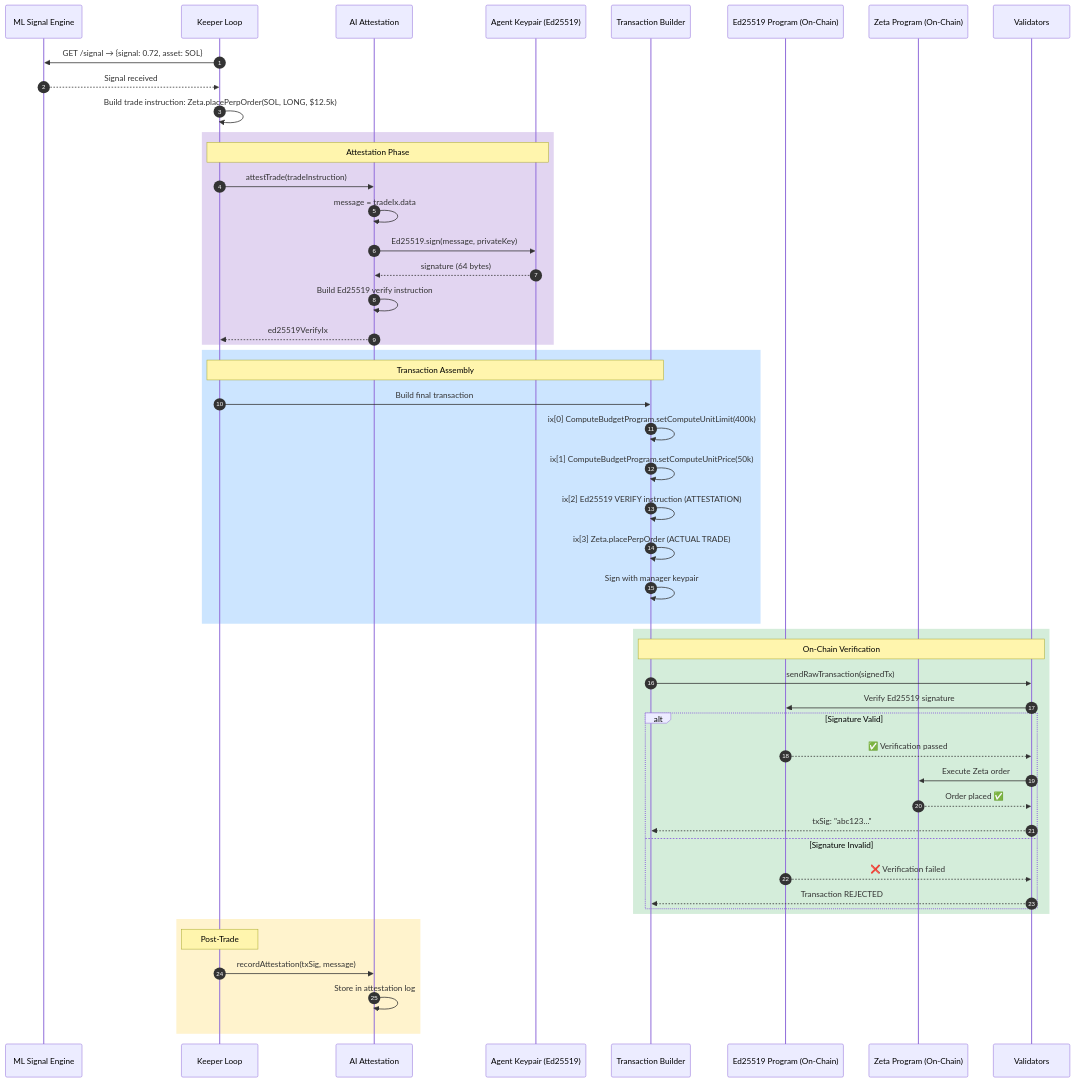
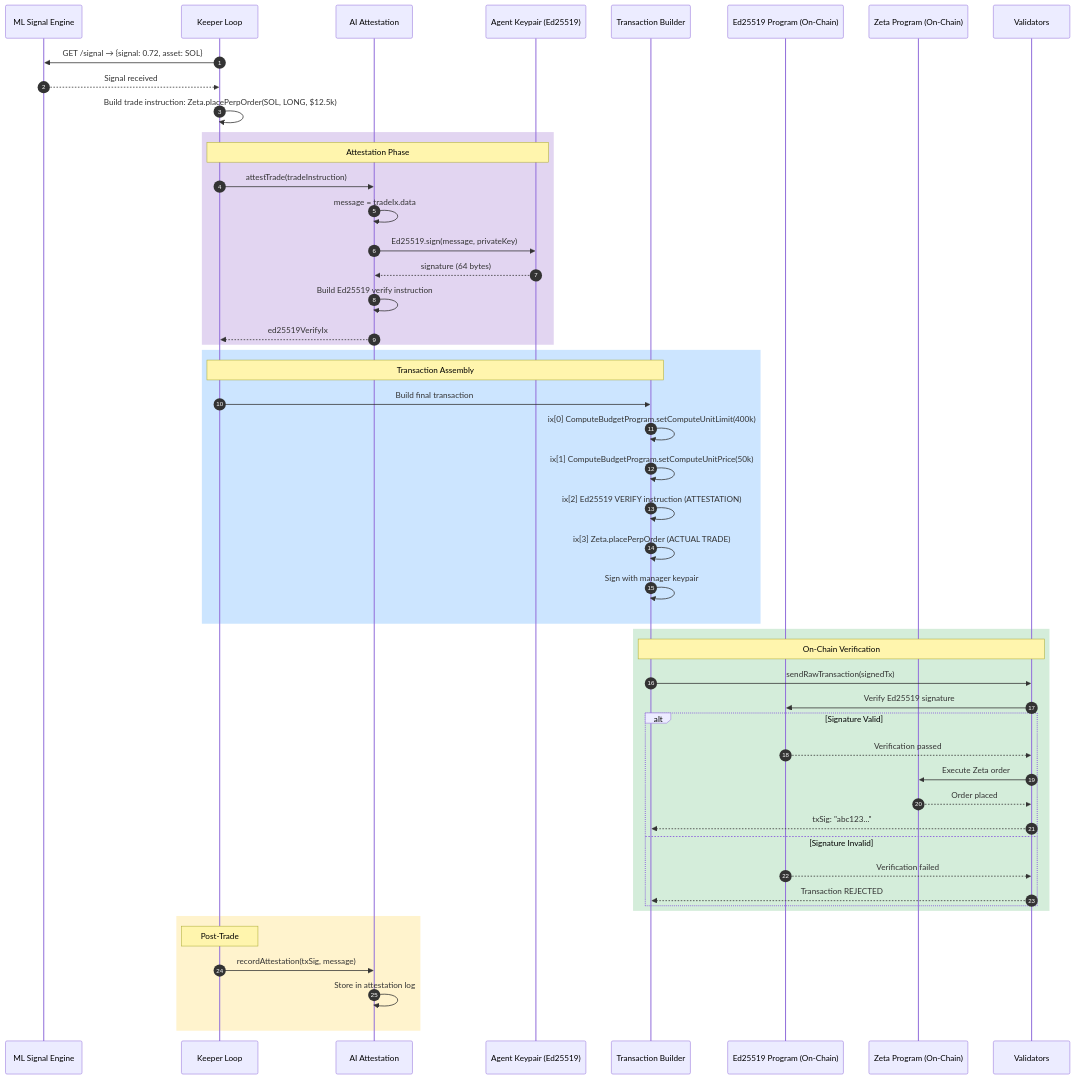
One commit to Ashutosh0x/ranger-ai-vault changed the seventh of 20 diagrams in docs/ARCHITECTURE.md. Above: the diagram before and after it, drawn with Mermaid. The commit also changed other lines of this file and 71 other files, not shown here.

````diff
--- a/docs/ARCHITECTURE.md
+++ b/docs/ARCHITECTURE.md
@@ -547,58 +547,58 @@
 ```mermaid
 sequenceDiagram
-    autonumber
-    participant ML as ML Signal Engine
-    participant KP as Keeper Loop
-    participant AT as AI Attestation
-    participant AK as Agent Keypair (Ed25519)
-    participant TX as Transaction Builder
-    participant ED as Ed25519 Program (On-Chain)
-    participant DR as Zeta Program (On-Chain)
-    participant VL as Validators
+ autonumber
+ participant ML as ML Signal Engine
+ participant KP as Keeper Loop
+ participant AT as AI Attestation
+ participant AK as Agent Keypair (Ed25519)
+ participant TX as Transaction Builder
+ participant ED as Ed25519 Program (On-Chain)
+ participant DR as Zeta Program (On-Chain)
+ participant VL as Validators
 
-    KP->>ML: GET /signal → {signal: 0.72, asset: SOL}
-    ML-->>KP: Signal received
+ KP->>ML: GET /signal → {signal: 0.72, asset: SOL}
+ ML-->>KP: Signal received
 
-    KP->>KP: Build trade instruction: Zeta.placePerpOrder(SOL, LONG, $12.5k)
+ KP->>KP: Build trade instruction: Zeta.placePerpOrder(SOL, LONG, $12.5k)
 
-    rect rgb(226, 213, 241)
-        Note over KP,AK: Attestation Phase
-        KP->>AT: attestTrade(tradeInstruction)
-        AT->>AT: message = tradeIx.data
-        AT->>AK: Ed25519.sign(message, privateKey)
-        AK-->>AT: signature (64 bytes)
-        AT->>AT: Build Ed25519 verify instruction
-        AT-->>KP: ed25519VerifyIx
-    end
+ rect rgb(226, 213, 241)
+ Note over KP,AK: Attestation Phase
+ KP->>AT: attestTrade(tradeInstruction)
+ AT->>AT: message = tradeIx.data
+ AT->>AK: Ed25519.sign(message, privateKey)
+ AK-->>AT: signature (64 bytes)
+ AT->>AT: Build Ed25519 verify instruction
+ AT-->>KP: ed25519VerifyIx
+ end
 
-    rect rgb(204, 229, 255)
-        Note over KP,TX: Transaction Assembly
-        KP->>TX: Build final transaction
-        TX->>TX: ix[0] ComputeBudgetProgram.setComputeUnitLimit(400k)
-        TX->>TX: ix[1] ComputeBudgetProgram.setComputeUnitPrice(50k)
-        TX->>TX: ix[2] Ed25519 VERIFY instruction (ATTESTATION)
-        TX->>TX: ix[3] Zeta.placePerpOrder (ACTUAL TRADE)
-        TX->>TX: Sign with manager keypair
-    end
+ rect rgb(204, 229, 255)
+ Note over KP,TX: Transaction Assembly
+ KP->>TX: Build final transaction
+ TX->>TX: ix[0] ComputeBudgetProgram.setComputeUnitLimit(400k)
+ TX->>TX: ix[1] ComputeBudgetProgram.setComputeUnitPrice(50k)
+ TX->>TX: ix[2] Ed25519 VERIFY instruction (ATTESTATION)
+ TX->>TX: ix[3] Zeta.placePerpOrder (ACTUAL TRADE)
+ TX->>TX: Sign with manager keypair
+ end
 
-    rect rgb(212, 237, 218)
-        Note over TX,VL: On-Chain Verification
-        TX->>VL: sendRawTransaction(signedTx)
-        VL->>ED: Verify Ed25519 signature
-        alt Signature Valid
-            ED-->>VL: ✅ Verification passed
-            VL->>DR: Execute Zeta order
-            DR-->>VL: Order placed ✅
-            VL-->>TX: txSig: "abc123..."
-        else Signature Invalid
-            ED-->>VL: ❌ Verification failed
-            VL-->>TX: Transaction REJECTED
-        end
-    end
+ rect rgb(212, 237, 218)
+ Note over TX,VL: On-Chain Verification
+ TX->>VL: sendRawTransaction(signedTx)
+ VL->>ED: Verify Ed25519 signature
+ alt Signature Valid
+ ED-->>VL: Verification passed
+ VL->>DR: Execute Zeta order
+ DR-->>VL: Order placed 
+ VL-->>TX: txSig: "abc123..."
+ else Signature Invalid
+ ED-->>VL: Verification failed
+ VL-->>TX: Transaction REJECTED
+ end
+ end
 
-    rect rgb(255, 243, 205)
-        Note over KP: Post-Trade
-        KP->>AT: recordAttestation(txSig, message)
-        AT->>AT: Store in attestation log
-    end
+ rect rgb(255, 243, 205)
+ Note over KP: Post-Trade
+ KP->>AT: recordAttestation(txSig, message)
+ AT->>AT: Store in attestation log
+ end
 ```
````
